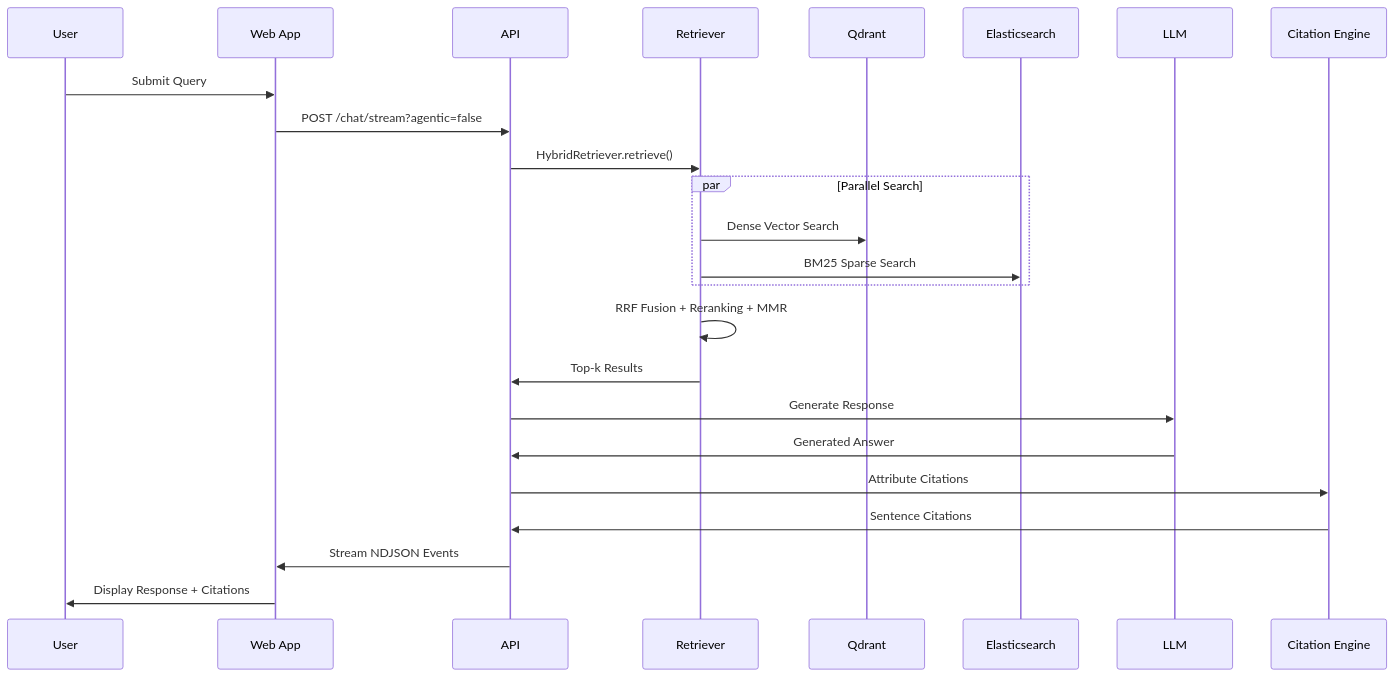
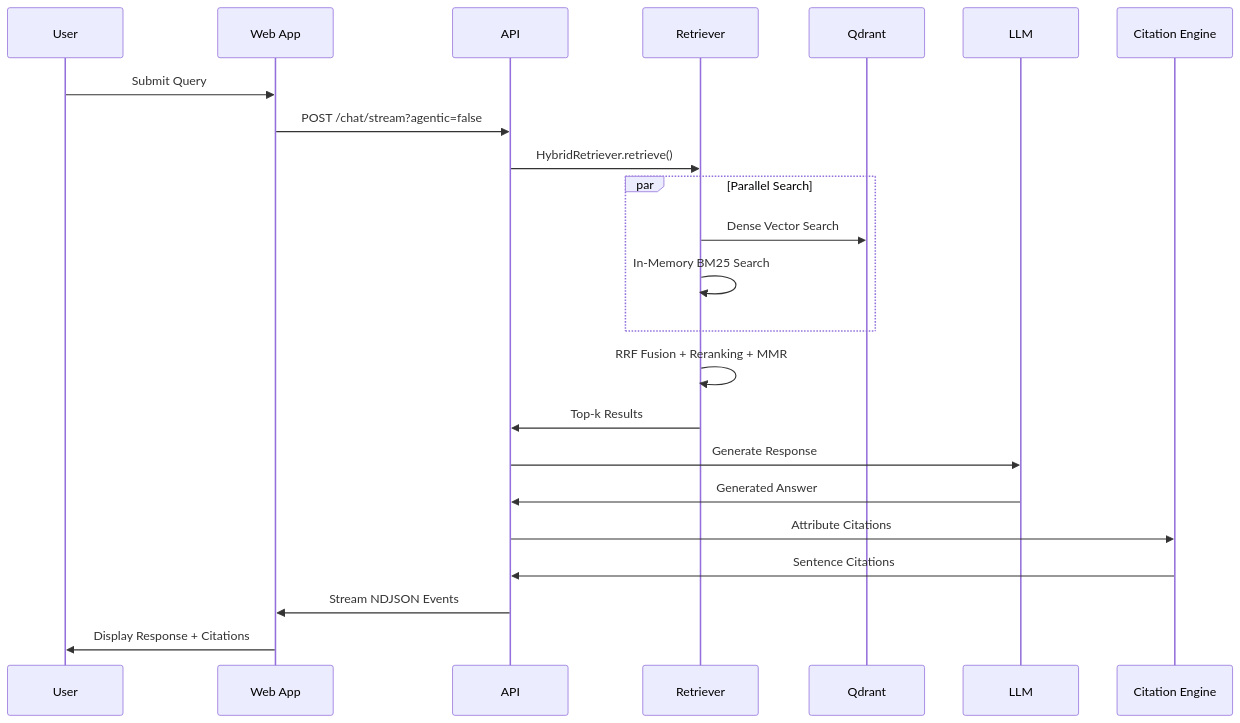
One commit to Marcussy34/maistorage changed the third of 4 diagrams in docs/ARCHITECTURE.md. Above: the diagram before and after it, drawn with Mermaid. The commit also changed other lines of this file, not shown here.

````diff
--- a/docs/ARCHITECTURE.md
+++ b/docs/ARCHITECTURE.md
@@ -210,29 +212,28 @@
 ```mermaid
 sequenceDiagram
     participant U as User
     participant W as Web App
     participant A as API
     participant R as Retriever
     participant Q as Qdrant
-    participant E as Elasticsearch
     participant L as LLM
     participant C as Citation Engine
 
     U->>W: Submit Query
     W->>A: POST /chat/stream?agentic=false
     A->>R: HybridRetriever.retrieve()
     
     par Parallel Search
         R->>Q: Dense Vector Search
-        R->>E: BM25 Sparse Search
+        R->>R: In-Memory BM25 Search
     end
     
     R->>R: RRF Fusion + Reranking + MMR
     R->>A: Top-k Results
     A->>L: Generate Response
     L->>A: Generated Answer
     A->>C: Attribute Citations
     C->>A: Sentence Citations
     A->>W: Stream NDJSON Events
     W->>U: Display Response + Citations
 ```
````
